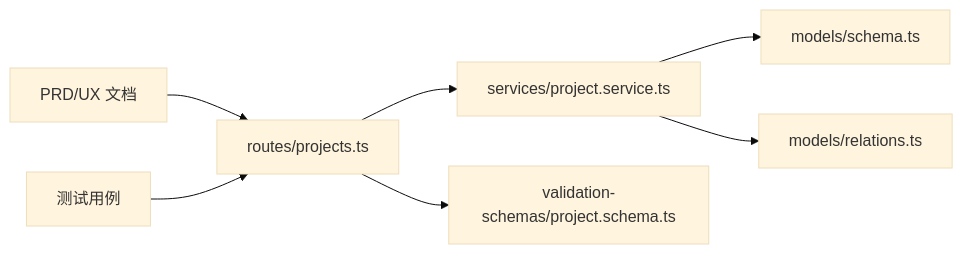
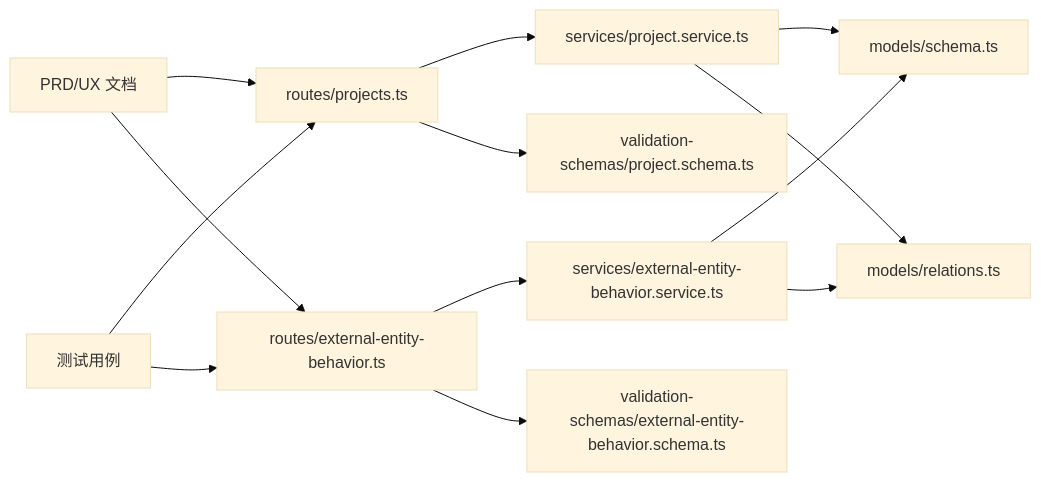
One commit to kai-cui1/ai-prototype-manager changed the seventh of 7 diagrams in .qoder/repowiki/zh/content/核心模块/项目管理模块.md. Above: the diagram before and after it, drawn with Mermaid (base theme). The commit also changed other lines of this file and 173 other files, not shown here.

````diff
--- a/.qoder/repowiki/zh/content/核心模块/项目管理模块.md
+++ b/.qoder/repowiki/zh/content/核心模块/项目管理模块.md
@@ -302,9 +429,15 @@
 ```mermaid
 graph LR
 RT["routes/projects.ts"] --> SV["services/project.service.ts"]
+EE_RT["routes/external-entity-behavior.ts"] --> EE_SV["services/external-entity-behavior.service.ts"]
 SV --> MD["models/schema.ts"]
+EE_SV --> MD
 SV --> RL["models/relations.ts"]
+EE_SV --> RL
 RT --> VL["validation-schemas/project.schema.ts"]
+EE_RT --> EE_VL["validation-schemas/external-entity-behavior.schema.ts"]
 UX["PRD/UX 文档"] --> RT
+UX --> EE_RT
 TS["测试用例"] --> RT
+TS --> EE_RT
 ```
````
